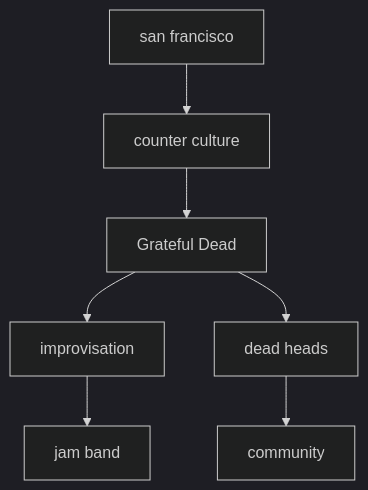
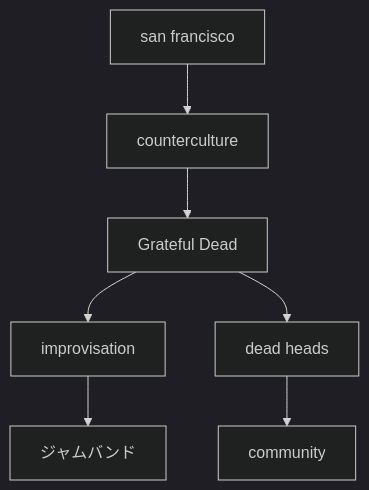
Before and after one commit to monumental-movement/monumental-movement.github.io: the second of 2 diagrams in en/_posts/2026-03-21-column-gratefuldead-sanfrancisco.md, drawn with Mermaid (dark theme). The commit also changed other lines of this file and 1012 other files, not shown here.

```diff
--- a/en/_posts/2026-03-21-column-gratefuldead-sanfrancisco.md
+++ b/en/_posts/2026-03-21-column-gratefuldead-sanfrancisco.md
@@ -226,9 +226,9 @@
 <div class="mermaid">
 graph TD
-    A[san francisco] --> B[counter culture]
+    A[san francisco] --> B[counterculture]
     B --> C[Grateful Dead]
     C --> D[improvisation]
     C --> E[dead heads]
     E --> F[community]
-    D --> G[jam band]
+    D --> G[ジャムバンド]
 </div>
```
